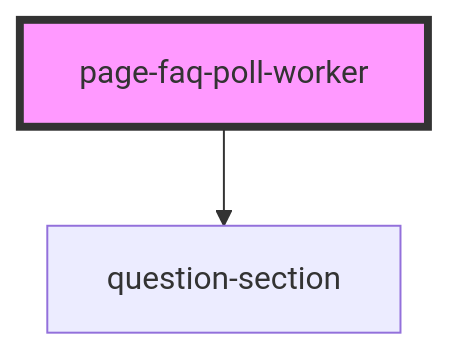
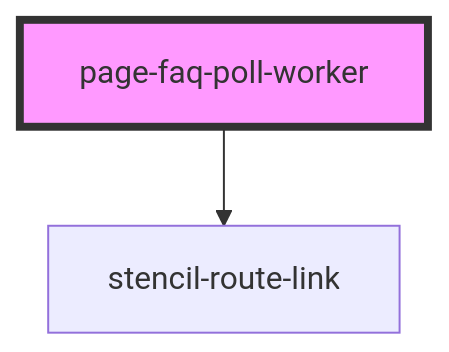
Before and after one commit to PowerThePolls/power-the-polls: the diagram in site/src/components/page-faq-poll-worker/readme.md, drawn with Mermaid. The commit also changed other lines of this file and 11 other files, not shown here.

````diff
--- a/site/src/components/page-faq-poll-worker/readme.md
+++ b/site/src/components/page-faq-poll-worker/readme.md
@@ -22,5 +22,5 @@
 ```mermaid
 graph TD;
-  page-faq-poll-worker --> question-section
+  page-faq-poll-worker --> stencil-route-link
   style page-faq-poll-worker fill:#f9f,stroke:#333,stroke-width:4px
 ```
````
